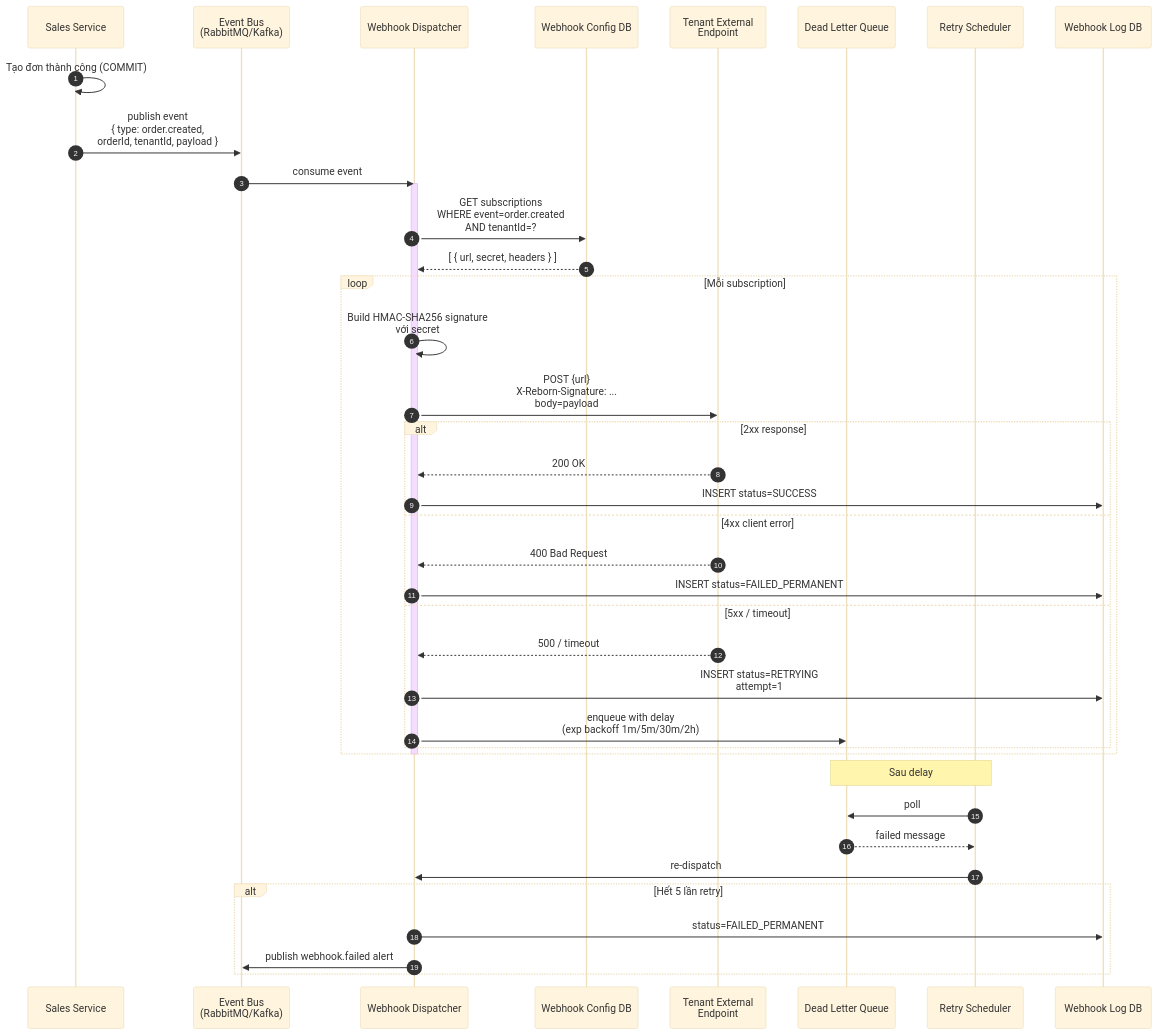
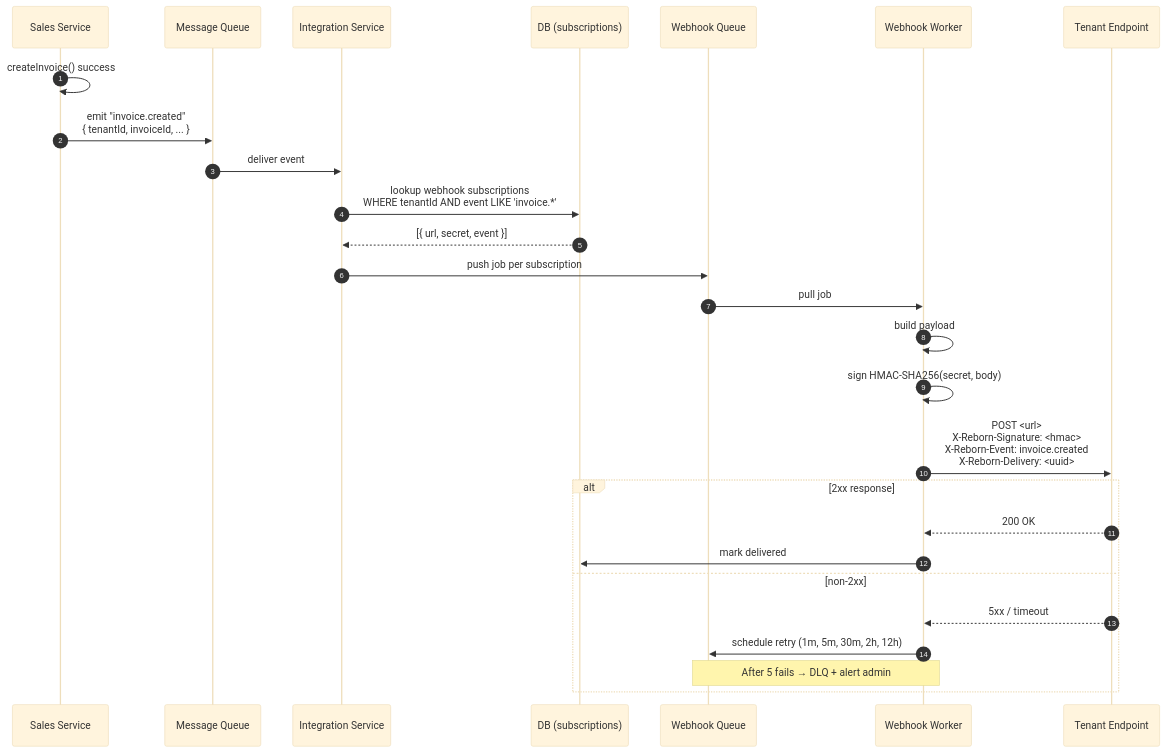
The diagram in docs/sa/diagrams/sources/17-sequence-webhook-outbound.mmd (ducdung872001/cloud-crm), drawn with Mermaid before and after one commit. The commit also changed 1441 other files, not shown here.

```diff
--- a/docs/sa/diagrams/sources/17-sequence-webhook-outbound.mmd
+++ b/docs/sa/diagrams/sources/17-sequence-webhook-outbound.mmd
@@ -1,42 +1,29 @@
 %%{init: {'theme':'base','themeVariables':{'fontFamily':'Calibri','fontSize':'18px'}}}%%
 sequenceDiagram
     autonumber
     participant SS as Sales Service
-    participant MQ as Event Bus<br/>(RabbitMQ/Kafka)
-    participant WD as Webhook Dispatcher
-    participant CFG as Webhook Config DB
-    participant EXT as Tenant External<br/>Endpoint
-    participant DLQ as Dead Letter Queue
-    participant RETRY as Retry Scheduler
-    participant LOG as Webhook Log DB
+    participant MQ as Message Queue
+    participant IS as Integration Service
+    participant DB as DB (subscriptions)
+    participant Q as Webhook Queue
+    participant W as Webhook Worker
+    participant TENANT as Tenant Endpoint
 
-    SS->>SS: Tạo đơn thành công (COMMIT)
-    SS->>MQ: publish event<br/>{ type: order.created,<br/>orderId, tenantId, payload }
-    MQ->>WD: consume event
-    activate WD
-    WD->>CFG: GET subscriptions<br/>WHERE event=order.created<br/>AND tenantId=?
-    CFG-->>WD: [ { url, secret, headers } ]
-    loop Mỗi subscription
-      WD->>WD: Build HMAC-SHA256 signature<br/>với secret
-      WD->>EXT: POST {url}<br/>X-Reborn-Signature: ...<br/>body=payload
-      alt 2xx response
-        EXT-->>WD: 200 OK
-        WD->>LOG: INSERT status=SUCCESS
-      else 4xx client error
-        EXT-->>WD: 400 Bad Request
-        WD->>LOG: INSERT status=FAILED_PERMANENT
-      else 5xx / timeout
-        EXT-->>WD: 500 / timeout
-        WD->>LOG: INSERT status=RETRYING<br/>attempt=1
-        WD->>DLQ: enqueue with delay<br/>(exp backoff 1m/5m/30m/2h)
-      end
+    SS->>SS: createInvoice() success
+    SS->>MQ: emit "invoice.created"<br/>{ tenantId, invoiceId, ... }
+    MQ->>IS: deliver event
+    IS->>DB: lookup webhook subscriptions<br/>WHERE tenantId AND event LIKE 'invoice.*'
+    DB-->>IS: [{ url, secret, event }]
+    IS->>Q: push job per subscription
+    Q->>W: pull job
+    W->>W: build payload
+    W->>W: sign HMAC-SHA256(secret, body)
+    W->>TENANT: POST <url><br/>X-Reborn-Signature: <hmac><br/>X-Reborn-Event: invoice.created<br/>X-Reborn-Delivery: <uuid>
+    alt 2xx response
+      TENANT-->>W: 200 OK
+      W->>DB: mark delivered
+    else non-2xx
+      TENANT-->>W: 5xx / timeout
+      W->>Q: schedule retry (1m, 5m, 30m, 2h, 12h)
+      Note over W,Q: After 5 fails → DLQ + alert admin
     end
-    deactivate WD
-    Note over DLQ,RETRY: Sau delay
-    RETRY->>DLQ: poll
-    DLQ-->>RETRY: failed message
-    RETRY->>WD: re-dispatch
-    alt Hết 5 lần retry
-      WD->>LOG: status=FAILED_PERMANENT
-      WD->>MQ: publish webhook.failed alert
-    end
```
